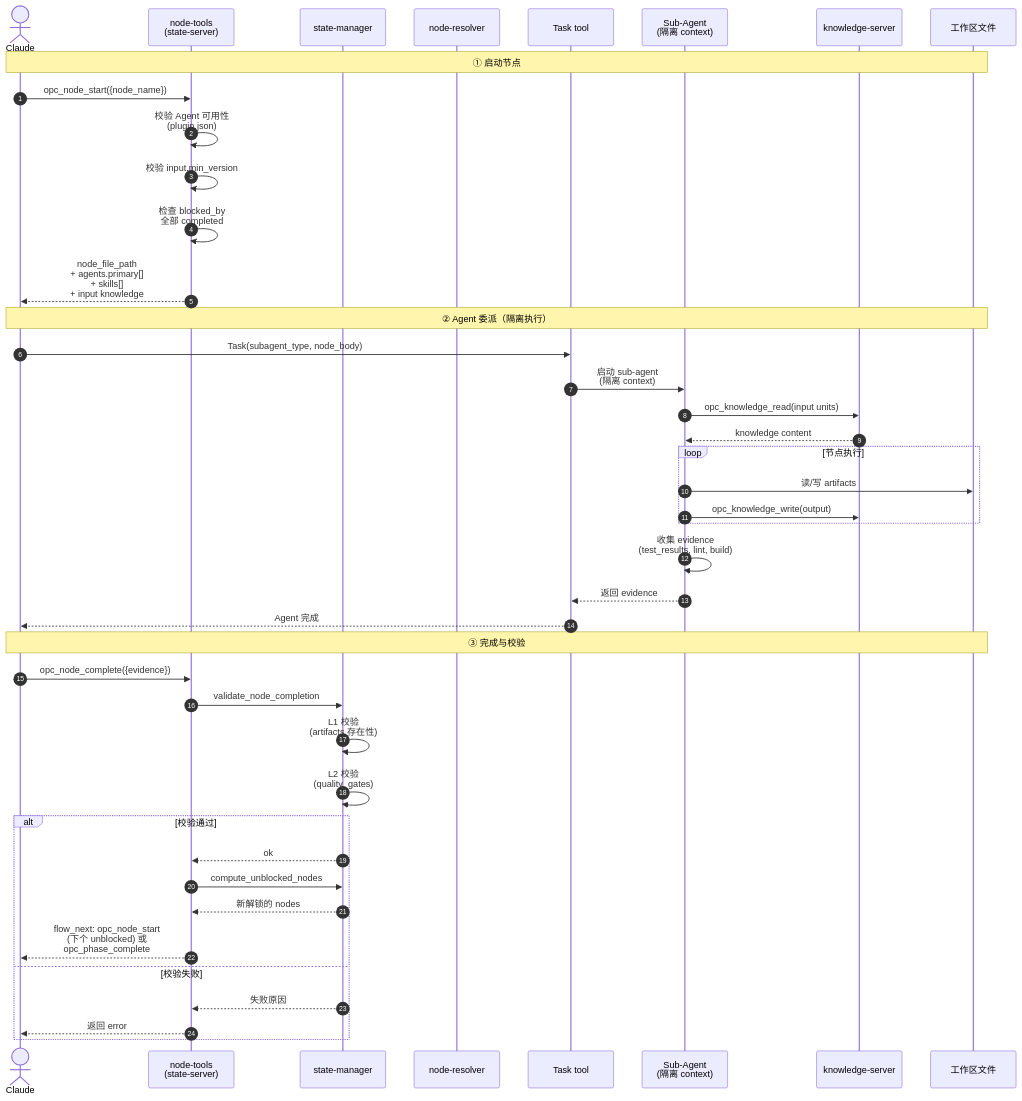
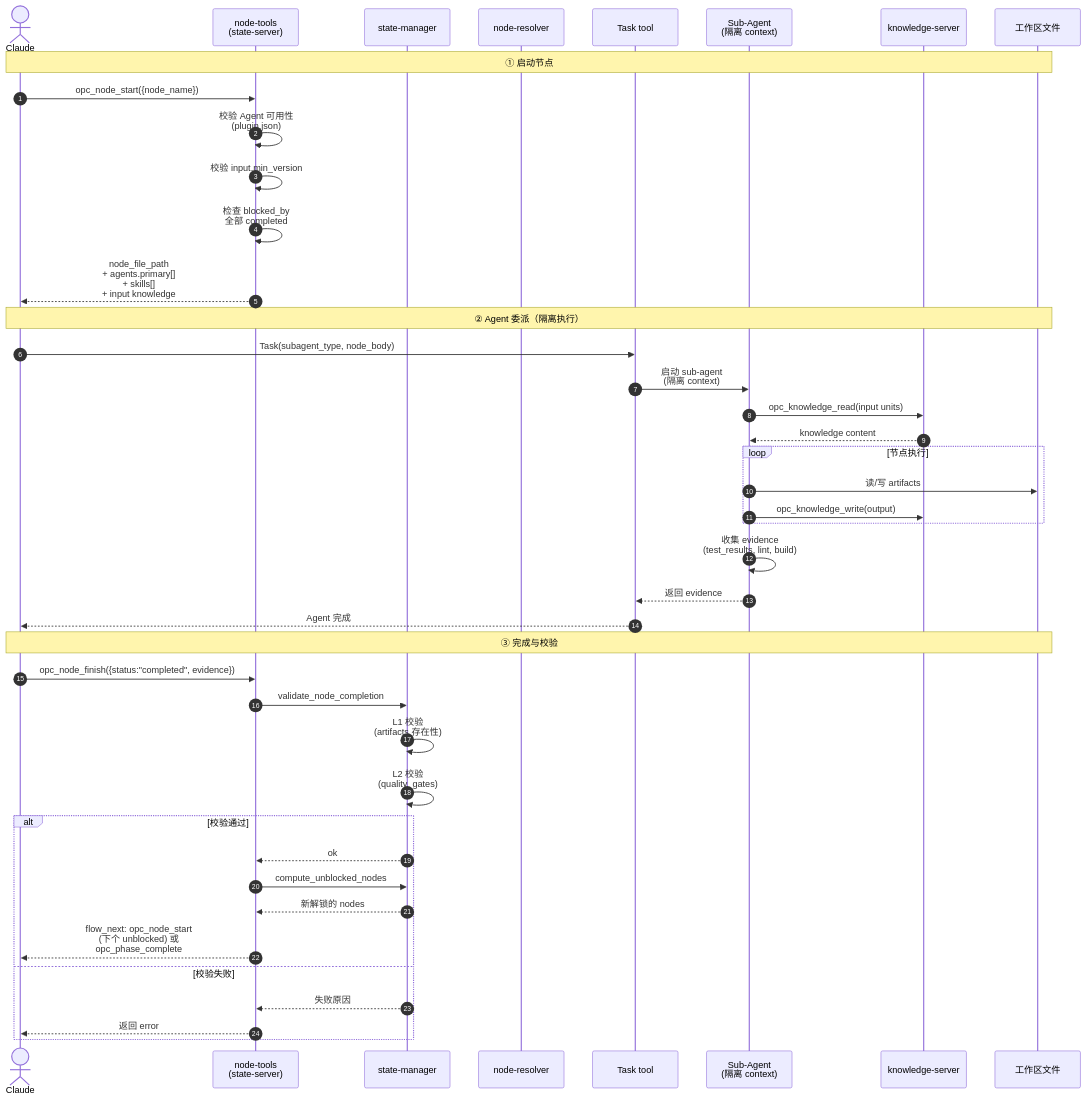
The first of 2 diagrams in doc/feature/02-opc-state-server/04-node/00_overview.md (CaffeineOddity/opc-marketplace), drawn with Mermaid before and after one commit. The commit also changed other lines of this file and 19 other files, not shown here.

````diff
--- a/doc/feature/02-opc-state-server/04-node/00_overview.md
+++ b/doc/feature/02-opc-state-server/04-node/00_overview.md
@@ -11,50 +11,50 @@
 ```mermaid
 sequenceDiagram
     autonumber
     actor C as Claude
     participant ND as node-tools<br/>(state-server)
     participant SM as state-manager
     participant NR as node-resolver
     participant T as Task tool
     participant A as Sub-Agent<br/>(隔离 context)
     participant K as knowledge-server
     participant FS as 工作区文件
 
     Note over C,FS: ① 启动节点
     C->>ND: opc_node_start({node_name})
     ND->>ND: 校验 Agent 可用性<br/>(plugin.json)
     ND->>ND: 校验 input.min_version
     ND->>ND: 检查 blocked_by<br/>全部 completed
     ND-->>C: node_file_path<br/>+ agents.primary[]<br/>+ skills[]<br/>+ input knowledge
 
     Note over C,FS: ② Agent 委派（隔离执行）
     C->>T: Task(subagent_type, node_body)
     T->>A: 启动 sub-agent<br/>(隔离 context)
     A->>K: opc_knowledge_read(input units)
     K-->>A: knowledge content
 
     loop 节点执行
         A->>FS: 读/写 artifacts
         A->>K: opc_knowledge_write(output)
     end
 
     A->>A: 收集 evidence<br/>(test_results, lint, build)
     A-->>T: 返回 evidence
     T-->>C: Agent 完成
 
     Note over C,FS: ③ 完成与校验
-    C->>ND: opc_node_complete({evidence})
+    C->>ND: opc_node_finish({status:"completed", evidence})
     ND->>SM: validate_node_completion
     SM->>SM: L1 校验<br/>(artifacts 存在性)
     SM->>SM: L2 校验<br/>(quality_gates)
 
     alt 校验通过
         SM-->>ND: ok
         ND->>SM: compute_unblocked_nodes
         SM-->>ND: 新解锁的 nodes
         ND-->>C: flow_next: opc_node_start<br/>(下个 unblocked) 或<br/>opc_phase_complete
     else 校验失败
         SM-->>ND: 失败原因
         ND-->>C: 返回 error
     end
 ```
````
